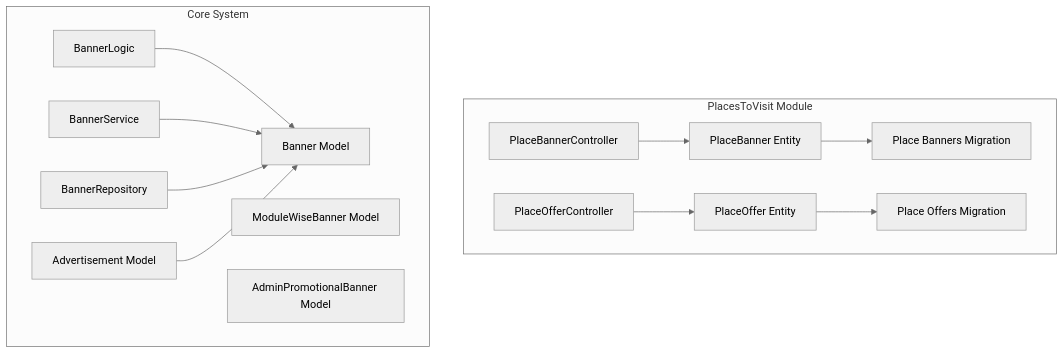
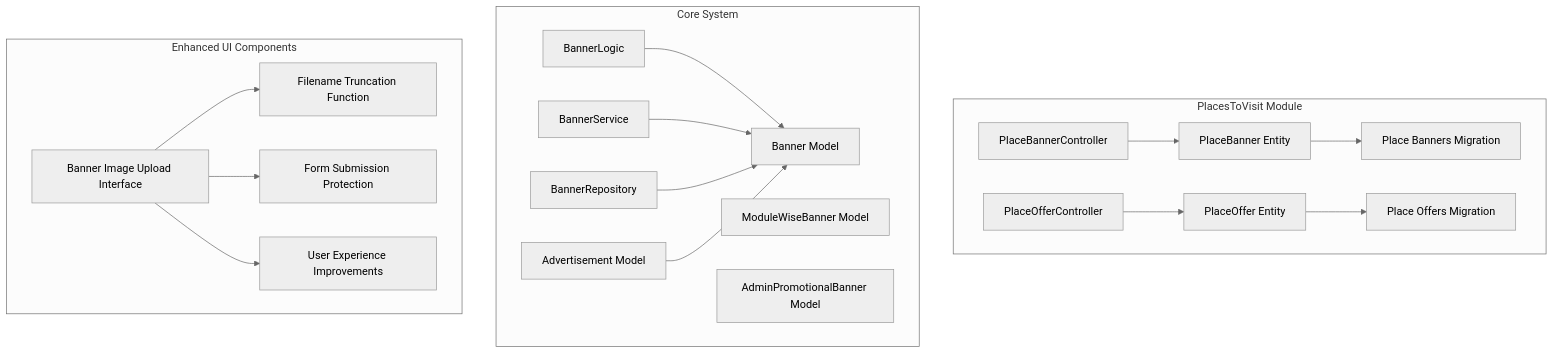
The first of 10 diagrams in .qoder/repowiki/en/content/Business Modules/PlacesToVisit Module/Banners and Offers Management.md (Hamdies/waddy_back), drawn with Mermaid (neutral theme) before and after one commit. The commit also changed other lines of this file and 1 other file, not shown here.

````diff
--- a/.qoder/repowiki/en/content/Business Modules/PlacesToVisit Module/Banners and Offers Management.md
+++ b/.qoder/repowiki/en/content/Business Modules/PlacesToVisit Module/Banners and Offers Management.md
@@ -38,28 +53,37 @@
 ```mermaid
 graph TB
 subgraph "PlacesToVisit Module"
 PB["PlaceBanner Entity"]
 PO["PlaceOffer Entity"]
 PBC["PlaceBannerController"]
 POC["PlaceOfferController"]
 MIGPB["Place Banners Migration"]
 MIGPO["Place Offers Migration"]
 end
 subgraph "Core System"
 B["Banner Model"]
 MWB["ModuleWiseBanner Model"]
 APB["AdminPromotionalBanner Model"]
 BL["BannerLogic"]
 BS["BannerService"]
 BR["BannerRepository"]
 AD["Advertisement Model"]
 end
+subgraph "Enhanced UI Components"
+BIU["Banner Image Upload Interface"]
+FNF["Filename Truncation Function"]
+FSP["Form Submission Protection"]
+UE["User Experience Improvements"]
+end
 PB --> MIGPB
 PO --> MIGPO
 PBC --> PB
 POC --> PO
 BL --> B
 BS --> B
 BR --> B
 AD --> B
+BIU --> FNF
+BIU --> FSP
+BIU --> UE
 ```
````
